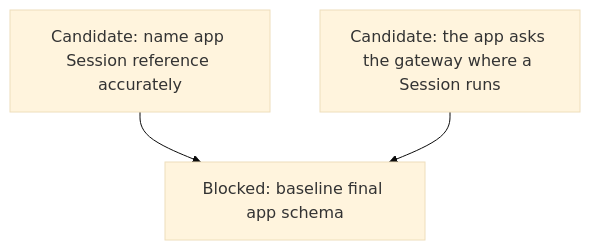
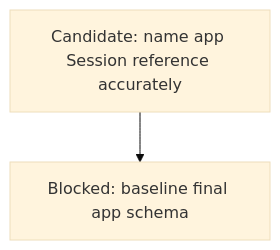
One commit to agentydragon-agent/ducktape changed the first of 13 diagrams in agentplane/plans/task_dag.md. Above: the diagram before and after it, drawn with Mermaid (base theme). The commit also changed other lines of this file and 26 other files, not shown here.

First line of the commit message:
app: drop event_log.sandbox; the Runner Gateway answers where each Session runs (#10076)

````diff
--- a/agentplane/plans/task_dag.md
+++ b/agentplane/plans/task_dag.md
@@ -21,8 +21,6 @@
 ```mermaid
 flowchart TD
     APP_SESSION_SCHEMA_RENAME[Candidate: name app Session reference accurately]
-    APP_SESSION_SANDBOX_DROP[Candidate: the app asks the gateway where a Session runs]
     APP_ALEMBIC_SQUASH[Blocked: baseline final app schema]
     APP_SESSION_SCHEMA_RENAME --> APP_ALEMBIC_SQUASH
-    APP_SESSION_SANDBOX_DROP --> APP_ALEMBIC_SQUASH
 ```
````
